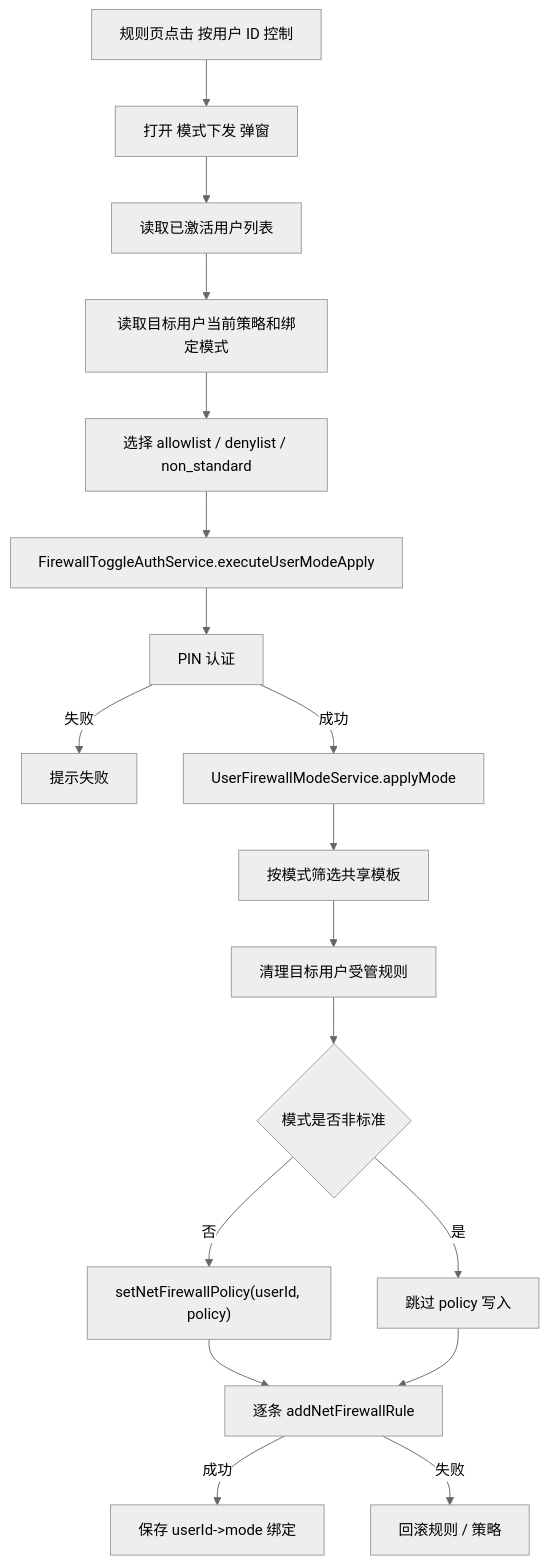
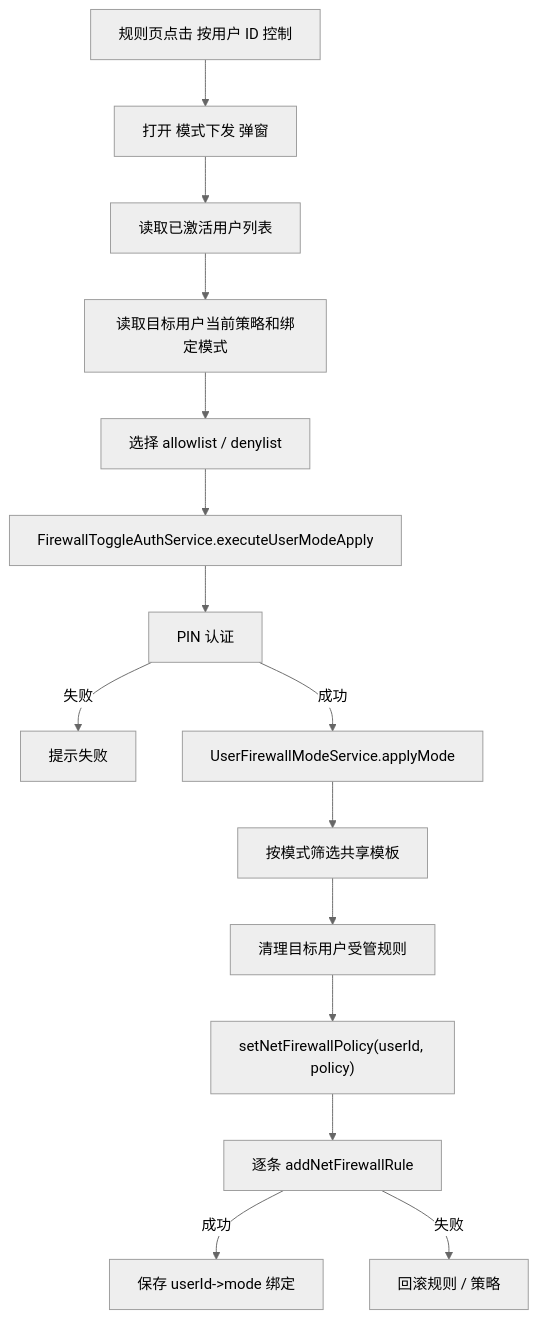
Before and after one commit to Deslord319/security_tool: the fifth of 6 diagrams in docs/03-模块设计/防火墙管理组件设计说明.md, drawn with Mermaid (neutral theme). The commit also changed other lines of this file and 5 other files, not shown here.

Commit message:
refactor: remove firewall non_standard user mode

````diff
--- a/docs/03-模块设计/防火墙管理组件设计说明.md
+++ b/docs/03-模块设计/防火墙管理组件设计说明.md
@@ -547,20 +540,17 @@
 ```mermaid
 flowchart TD
   A["规则页点击 按用户 ID 控制"] --> B["打开 模式下发 弹窗"]
   B --> C["读取已激活用户列表"]
   C --> D["读取目标用户当前策略和绑定模式"]
-  D --> E["选择 allowlist / denylist / non_standard"]
+  D --> E["选择 allowlist / denylist"]
   E --> F["FirewallToggleAuthService.executeUserModeApply"]
   F --> G["PIN 认证"]
   G -->|失败| H["提示失败"]
   G -->|成功| I["UserFirewallModeService.applyMode"]
   I --> J["按模式筛选共享模板"]
   J --> K["清理目标用户受管规则"]
-  K --> L{"模式是否非标准"}
-  L -->|否| M["setNetFirewallPolicy(userId, policy)"]
-  L -->|是| N["跳过 policy 写入"]
-  M --> O["逐条 addNetFirewallRule"]
-  N --> O
+  K --> L["setNetFirewallPolicy(userId, policy)"]
+  L --> O["逐条 addNetFirewallRule"]
   O -->|成功| P["保存 userId->mode 绑定"]
   O -->|失败| Q["回滚规则 / 策略"]
 ```
````
